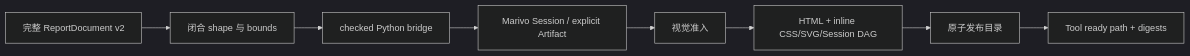
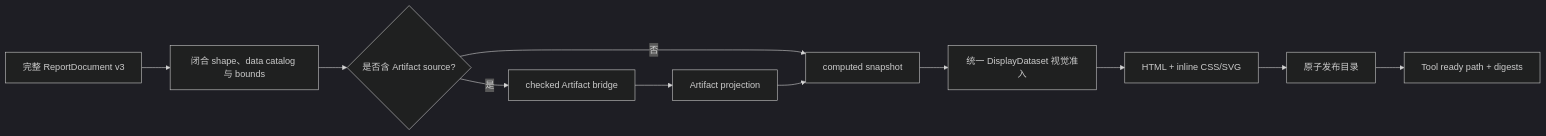
One commit to chengxianglibra/dsh-data-analysis changed the diagram in docs/modules/html-report-rendering.md. Above: the diagram before and after it, drawn with Mermaid (dark theme). The commit also changed other lines of this file and 17 other files, not shown here.

First line of the commit message:
feat(report): support computed data sources in HTML reports

````diff
--- a/docs/modules/html-report-rendering.md
+++ b/docs/modules/html-report-rendering.md
@@ -16,10 +14,13 @@
 ```mermaid
 flowchart LR
-  D[完整 ReportDocument v2] --> P[闭合 shape 与 bounds]
-  P --> B[checked Python bridge]
-  B --> M[Marivo Session / explicit Artifact]
-  M --> V[视觉准入]
-  V --> H[HTML + inline CSS/SVG/Session DAG]
-  H --> A[原子发布目录]
-  A --> T[Tool ready path + digests]
+  D[完整 ReportDocument v3] --> P[闭合 shape、data catalog 与 bounds]
+  P --> S{是否含 Artifact source?}
+  S -- 否 --> C[computed snapshot]
+  S -- 是 --> B[checked Artifact bridge]
+  B --> A[Artifact projection]
+  A --> C
+  C --> V[统一 DisplayDataset 视觉准入]
+  V --> H[HTML + inline CSS/SVG]
+  H --> R[原子发布目录]
+  R --> T[Tool ready path + digests]
 ```
````
